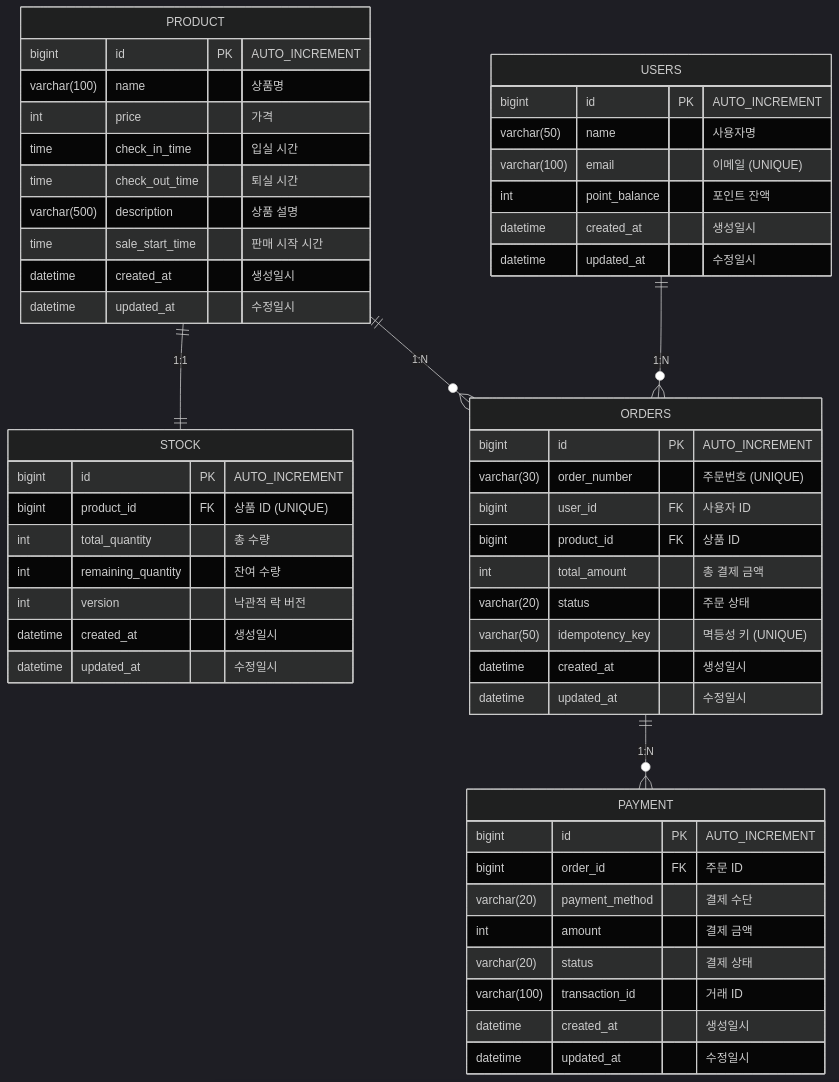
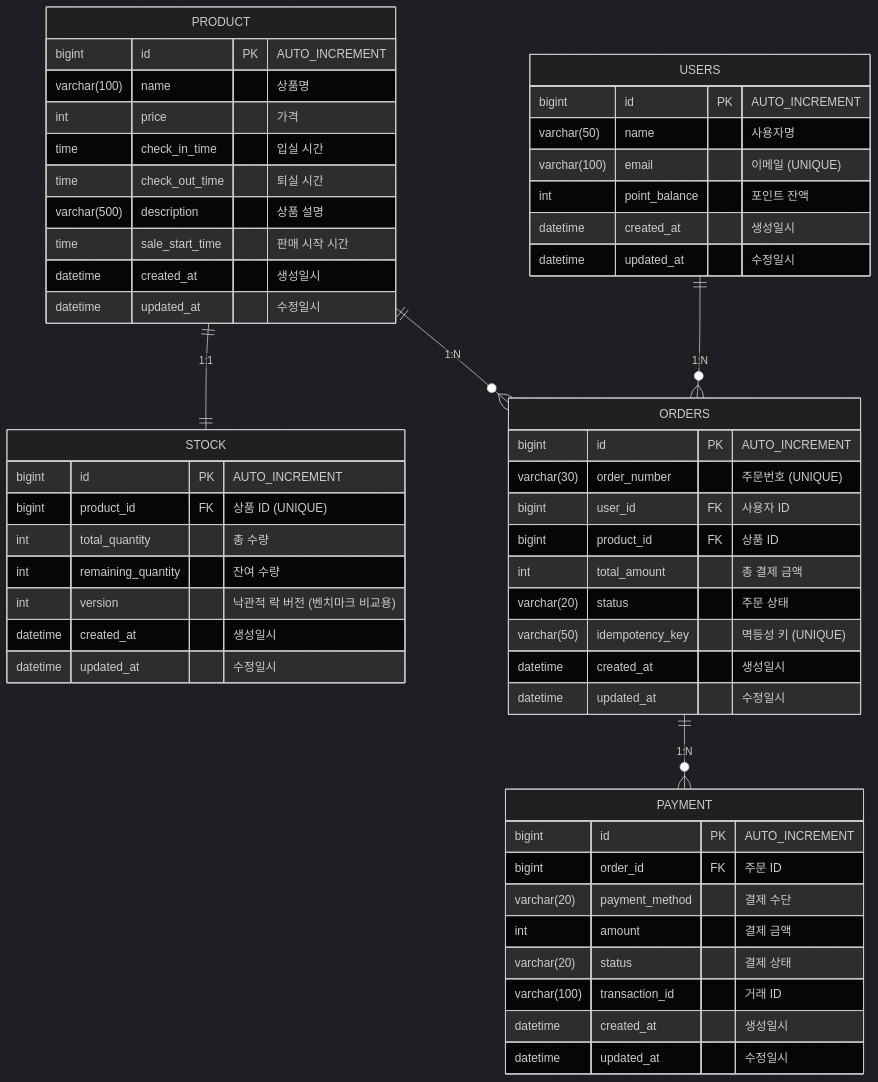
Before and after one commit to hyunmin0317/reservation-payment-platform: the diagram in docs/erd.md, drawn with Mermaid (dark theme). The commit also changed other lines of this file and 2 other files, not shown here.

Commit message:
docs: 문서 정확성 및 표현 개선 (#171)
- docs/erd.md version 컬럼 설명을 벤치마크 비교용으로 수정
- README.md 인증/인가 설명에서 불필요한 표현 제거
- README.md 종료 및 초기화 방법 추가
- DECISIONS.md Redis Fallback 재고 복구 트레이드오프 추가

````diff
--- a/docs/erd.md
+++ b/docs/erd.md
@@ -5,61 +5,61 @@
 ```mermaid
 erDiagram
     PRODUCT {
         bigint id PK "AUTO_INCREMENT"
         varchar(100) name "상품명"
         int price "가격"
         time check_in_time "입실 시간"
         time check_out_time "퇴실 시간"
         varchar(500) description "상품 설명"
         time sale_start_time "판매 시작 시간"
         datetime created_at "생성일시"
         datetime updated_at "수정일시"
     }
 
     STOCK {
         bigint id PK "AUTO_INCREMENT"
         bigint product_id FK "상품 ID (UNIQUE)"
         int total_quantity "총 수량"
         int remaining_quantity "잔여 수량"
-        int version "낙관적 락 버전"
+        int version "낙관적 락 버전 (벤치마크 비교용)"
         datetime created_at "생성일시"
         datetime updated_at "수정일시"
     }
 
     USERS {
         bigint id PK "AUTO_INCREMENT"
         varchar(50) name "사용자명"
         varchar(100) email "이메일 (UNIQUE)"
         int point_balance "포인트 잔액"
         datetime created_at "생성일시"
         datetime updated_at "수정일시"
     }
 
     ORDERS {
         bigint id PK "AUTO_INCREMENT"
         varchar(30) order_number "주문번호 (UNIQUE)"
         bigint user_id FK "사용자 ID"
         bigint product_id FK "상품 ID"
         int total_amount "총 결제 금액"
         varchar(20) status "주문 상태"
         varchar(50) idempotency_key "멱등성 키 (UNIQUE)"
         datetime created_at "생성일시"
         datetime updated_at "수정일시"
     }
 
     PAYMENT {
         bigint id PK "AUTO_INCREMENT"
         bigint order_id FK "주문 ID"
         varchar(20) payment_method "결제 수단"
         int amount "결제 금액"
         varchar(20) status "결제 상태"
         varchar(100) transaction_id "거래 ID"
         datetime created_at "생성일시"
         datetime updated_at "수정일시"
     }
 
     PRODUCT ||--|| STOCK : "1:1"
     USERS ||--o{ ORDERS : "1:N"
     PRODUCT ||--o{ ORDERS : "1:N"
     ORDERS ||--o{ PAYMENT : "1:N"
 ```
````
